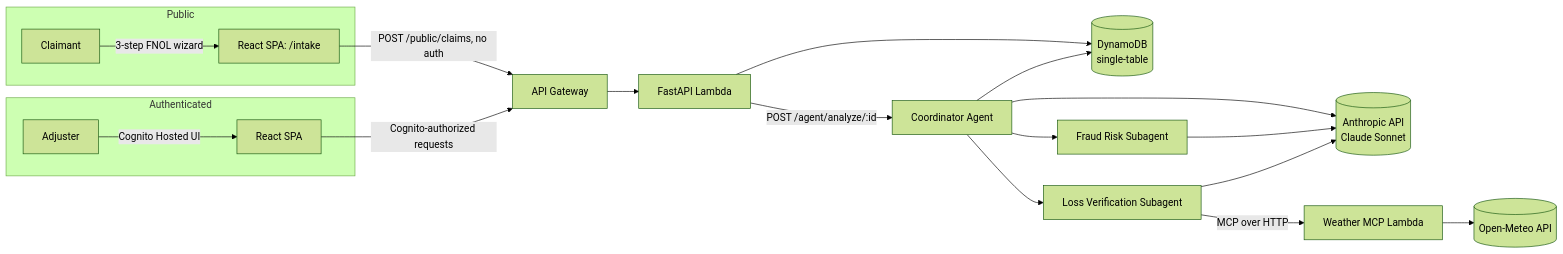
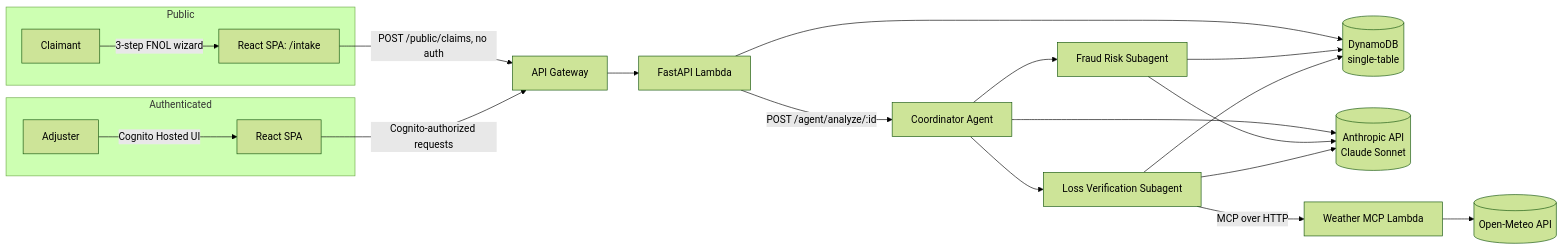
One commit to dcurrotto/Claim-Flow-with-Claude changed the first of 2 diagrams in README.md. Above: the diagram before and after it, drawn with Mermaid (forest theme). The commit also changed other lines of this file and 1 other file, not shown here.

````diff
--- a/README.md
+++ b/README.md
@@ -42,24 +43,25 @@
 ```mermaid
 flowchart LR
     subgraph Public
         C[Claimant] -->|3-step FNOL wizard| Intake["React SPA: /intake"]
     end
     subgraph Authenticated
         A[Adjuster] -->|Cognito Hosted UI| App[React SPA]
     end
 
     Intake -->|POST /public/claims, no auth| APIGW[API Gateway]
     App -->|Cognito-authorized requests| APIGW
 
     APIGW --> Lambda[FastAPI Lambda]
     Lambda --> DDB[("DynamoDB<br/>single-table")]
     Lambda -->|POST /agent/analyze/:id| Coord[Coordinator Agent]
     Coord --> Claude[(Anthropic API<br/>Claude Sonnet)]
     Coord --> FraudSub[Fraud Risk Subagent]
     Coord --> WeatherSub[Loss Verification Subagent]
     FraudSub --> Claude
+    FraudSub --> DDB
     WeatherSub --> Claude
+    WeatherSub --> DDB
     WeatherSub -->|MCP over HTTP| MCPLambda[Weather MCP Lambda]
     MCPLambda --> OpenMeteo[(Open-Meteo API)]
-    Coord --> DDB
 ```
````
